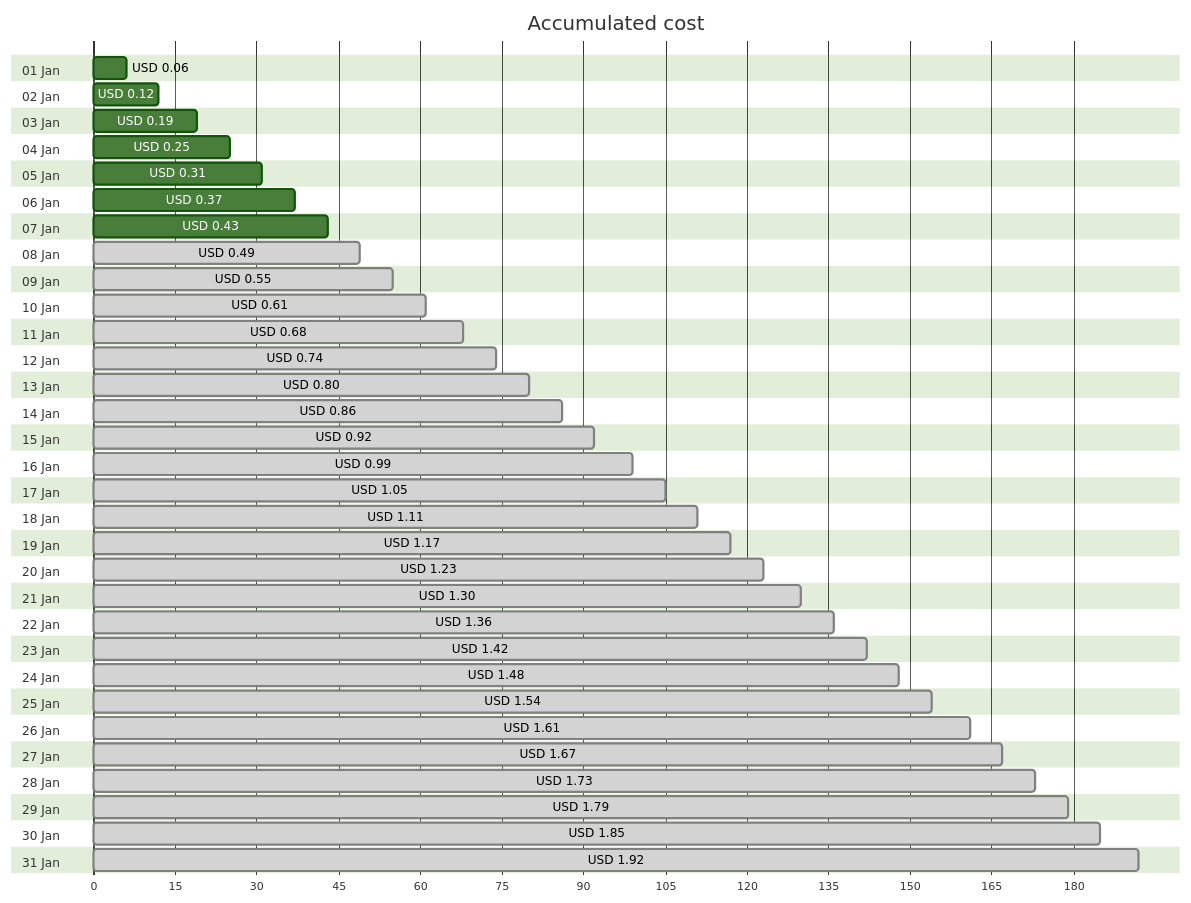
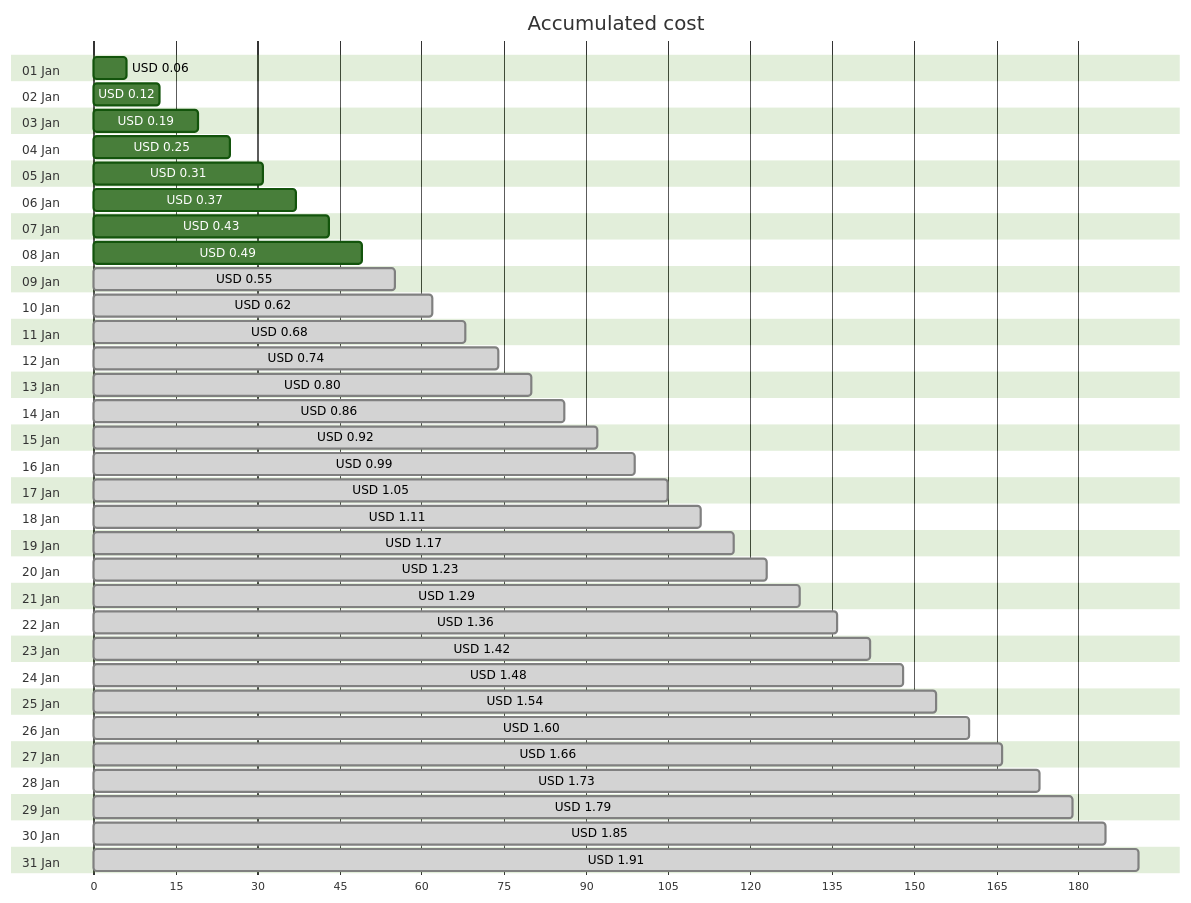
One commit to jpfulton/azure-personal-reports changed the first of 4 diagrams in cost-reports/personal-network/backup-server_OsDisk.md. Above: the diagram before and after it, drawn with Mermaid (forest theme). The commit also changed other lines of this file and 8 other files, not shown here.

````diff
--- a/cost-reports/personal-network/backup-server_OsDisk.md
+++ b/cost-reports/personal-network/backup-server_OsDisk.md
@@ -20,68 +20,68 @@
 ```mermaid
 gantt
    title Accumulated cost
    dateFormat  X
    axisFormat %s
    section 01 Jan
    USD 0.06 :0, 6
    section 02 Jan
    USD 0.12 :0, 12
    section 03 Jan
    USD 0.19 :0, 19
    section 04 Jan
    USD 0.25 :0, 25
    section 05 Jan
    USD 0.31 :0, 31
    section 06 Jan
    USD 0.37 :0, 37
    section 07 Jan
    USD 0.43 :0, 43
    section 08 Jan
-   USD 0.49 : done, 0, 49
+   USD 0.49 :0, 49
    section 09 Jan
    USD 0.55 : done, 0, 55
    section 10 Jan
-   USD 0.61 : done, 0, 61
+   USD 0.62 : done, 0, 62
    section 11 Jan
    USD 0.68 : done, 0, 68
    section 12 Jan
    USD 0.74 : done, 0, 74
    section 13 Jan
    USD 0.80 : done, 0, 80
    section 14 Jan
    USD 0.86 : done, 0, 86
    section 15 Jan
    USD 0.92 : done, 0, 92
    section 16 Jan
    USD 0.99 : done, 0, 99
    section 17 Jan
    USD 1.05 : done, 0, 105
    section 18 Jan
    USD 1.11 : done, 0, 111
    section 19 Jan
    USD 1.17 : done, 0, 117
    section 20 Jan
    USD 1.23 : done, 0, 123
    section 21 Jan
-   USD 1.30 : done, 0, 130
+   USD 1.29 : done, 0, 129
    section 22 Jan
    USD 1.36 : done, 0, 136
    section 23 Jan
    USD 1.42 : done, 0, 142
    section 24 Jan
    USD 1.48 : done, 0, 148
    section 25 Jan
    USD 1.54 : done, 0, 154
    section 26 Jan
-   USD 1.61 : done, 0, 161
+   USD 1.60 : done, 0, 160
    section 27 Jan
-   USD 1.67 : done, 0, 167
+   USD 1.66 : done, 0, 166
    section 28 Jan
    USD 1.73 : done, 0, 173
    section 29 Jan
    USD 1.79 : done, 0, 179
    section 30 Jan
    USD 1.85 : done, 0, 185
    section 31 Jan
-   USD 1.92 : done, 0, 192
+   USD 1.91 : done, 0, 191
 ```
````
